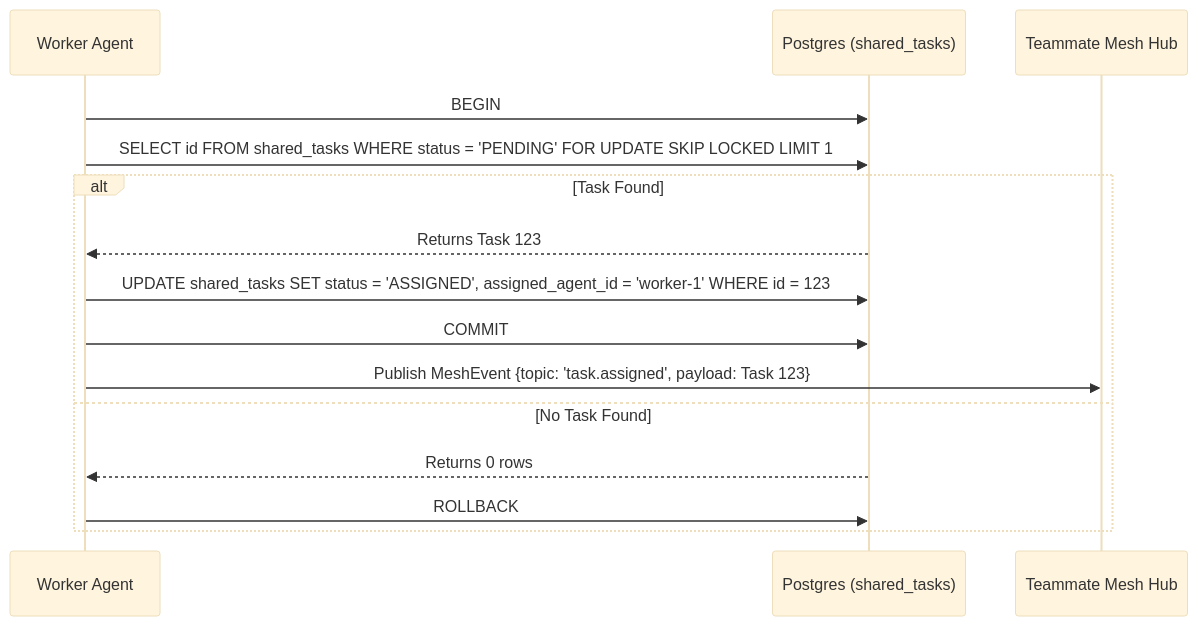
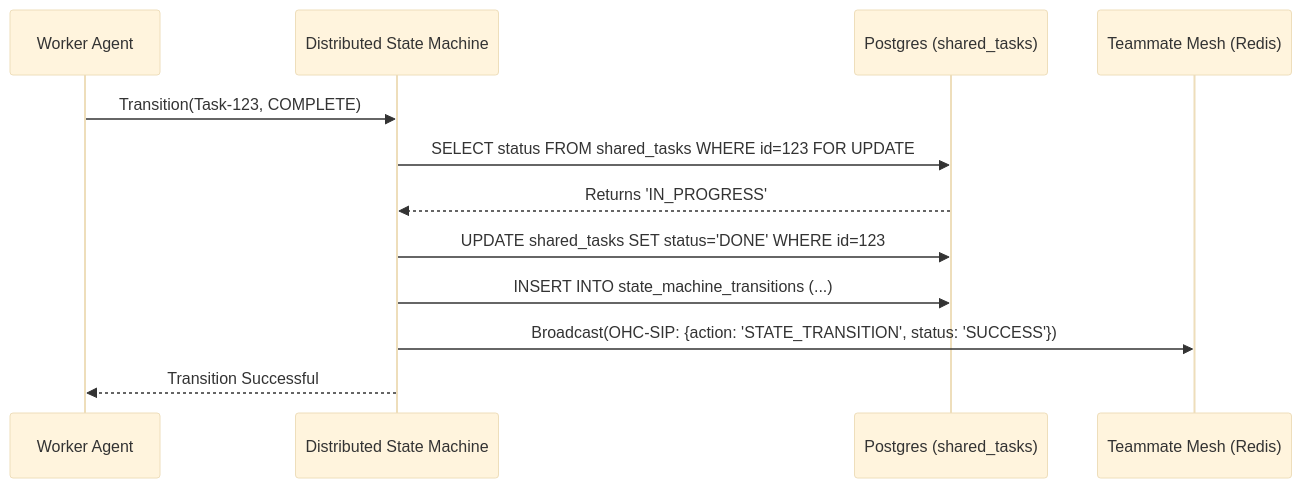
The diagram in docs/architecture/kairos_hybrid_os_design.md (omnisolo-llc/onehumancorp), drawn with Mermaid (base theme) before and after one commit. The commit also changed other lines of this file and 6 other files, not shown here.

````diff
--- a/docs/architecture/kairos_hybrid_os_design.md
+++ b/docs/architecture/kairos_hybrid_os_design.md
@@ -29,18 +43,15 @@
 ```mermaid
 sequenceDiagram
     participant Agent as Worker Agent
+    participant DSM as Distributed State Machine
     participant DB as Postgres (shared_tasks)
-    participant Hub as Teammate Mesh Hub
+    participant Mesh as Teammate Mesh (Redis)
 
-    Agent->>DB: BEGIN
-    Agent->>DB: SELECT id FROM shared_tasks WHERE status = 'PENDING' FOR UPDATE SKIP LOCKED LIMIT 1
-    alt Task Found
-        DB-->>Agent: Returns Task 123
-        Agent->>DB: UPDATE shared_tasks SET status = 'ASSIGNED', assigned_agent_id = 'worker-1' WHERE id = 123
-        Agent->>DB: COMMIT
-        Agent->>Hub: Publish MeshEvent {topic: 'task.assigned', payload: Task 123}
-    else No Task Found
-        DB-->>Agent: Returns 0 rows
-        Agent->>DB: ROLLBACK
-    end
+    Agent->>DSM: Transition(Task-123, COMPLETE)
+    DSM->>DB: SELECT status FROM shared_tasks WHERE id=123 FOR UPDATE
+    DB-->>DSM: Returns 'IN_PROGRESS'
+    DSM->>DB: UPDATE shared_tasks SET status='DONE' WHERE id=123
+    DSM->>DB: INSERT INTO state_machine_transitions (...)
+    DSM->>Mesh: Broadcast(OHC-SIP: {action: 'STATE_TRANSITION', status: 'SUCCESS'})
+    DSM-->>Agent: Transition Successful
 ```
````
